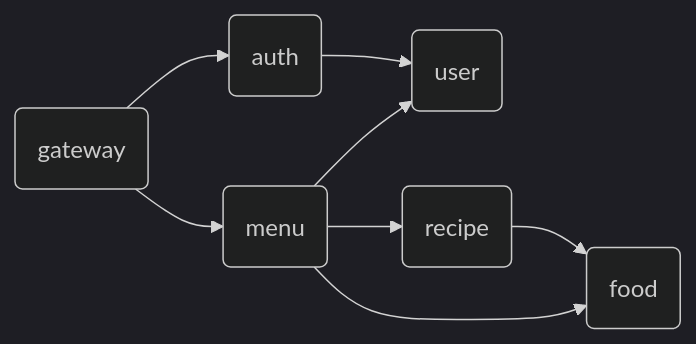
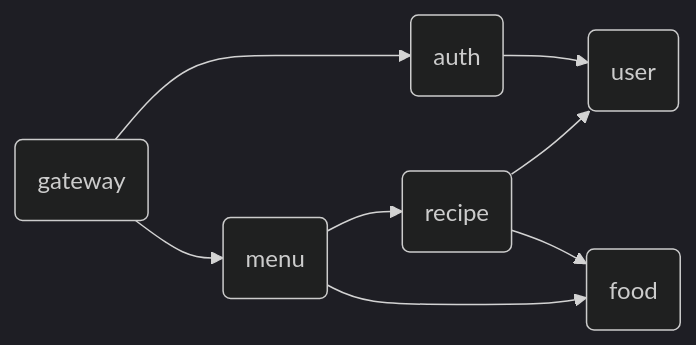
Before and after one commit to moromin/PFC-balancer: the diagram in README.md, drawn with Mermaid (dark theme). The commit also changed other lines of this file, not shown here.

````diff
--- a/README.md
+++ b/README.md
@@ -3,10 +4,10 @@
 ```mermaid
 graph LR;
     A(gateway) --> B(auth)
     A --> C(menu)
     B --> D(user)
-    C --> D
     C --> E(recipe)
+    E --> D
     E --> F(food)
     C --> F
 ```
````
